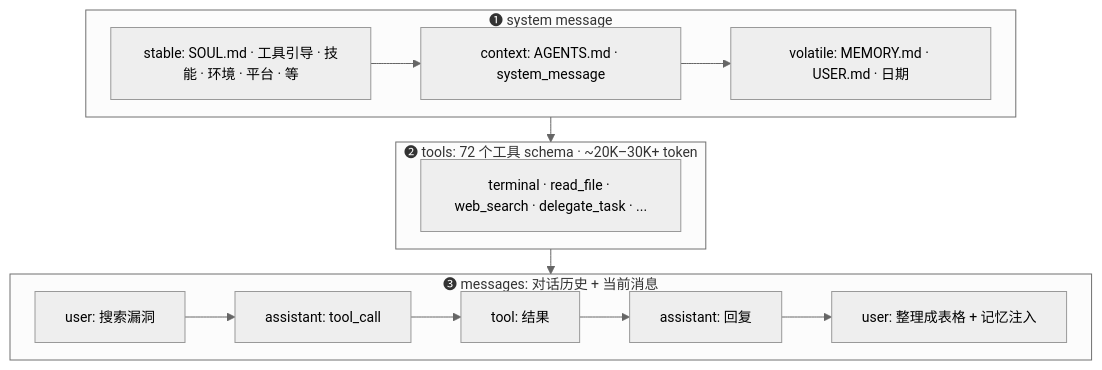
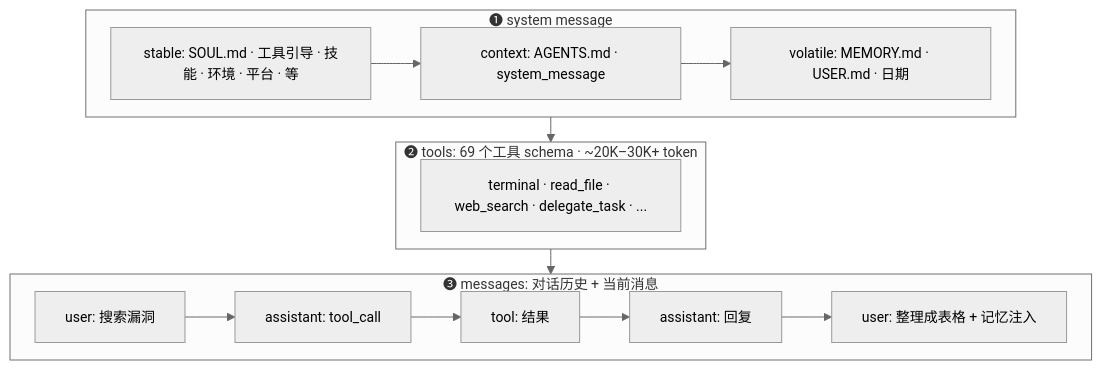
One commit to fang-lin/hermes-agent-code-analysis changed the fourth of 11 diagrams in docs/zh/02-Agent核心.md. Above: the diagram before and after it, drawn with Mermaid. The commit also changed other lines of this file and 3 other files, not shown here.

````diff
--- a/docs/zh/02-Agent核心.md
+++ b/docs/zh/02-Agent核心.md
@@ -219,19 +235,19 @@
 ```mermaid
 %%{init: {"theme": "neutral", "themeVariables": {"fontSize": "14px"}, "flowchart": {"nodeSpacing": 15, "rankSpacing": 25}}}%%
 flowchart TD
     subgraph SYS ["❶ system message"]
         direction LR
         STABLE["stable: SOUL.md · 工具引导 · 技能 · 环境 · 平台 · 等"] --> CONTEXT["context: AGENTS.md · system_message"] --> VOLATILE["volatile: MEMORY.md · USER.md · 日期"]
     end
 
-    subgraph TOOLS_S ["❷ tools: 72 个工具 schema · ~20K–30K+ token"]
+    subgraph TOOLS_S ["❷ tools: 69 个工具 schema · ~20K–30K+ token"]
         T1["terminal · read_file · web_search · delegate_task · ..."]
     end
 
     subgraph MSGS ["❸ messages: 对话历史 + 当前消息"]
         direction LR
         H1["user: 搜索漏洞"] --> H2["assistant: tool_call"] --> H3["tool: 结果"] --> H4["assistant: 回复"] --> H5["user: 整理成表格 + 记忆注入"]
     end
 
     SYS --> TOOLS_S --> MSGS
 ```
````
